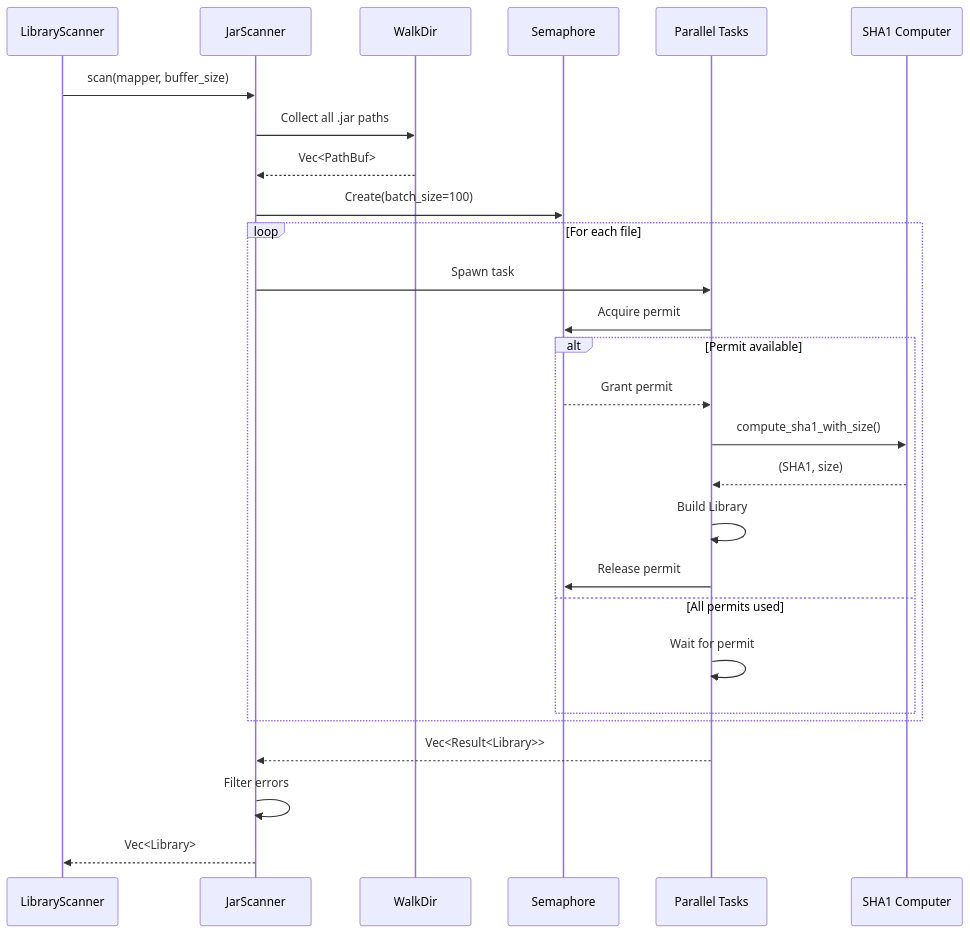
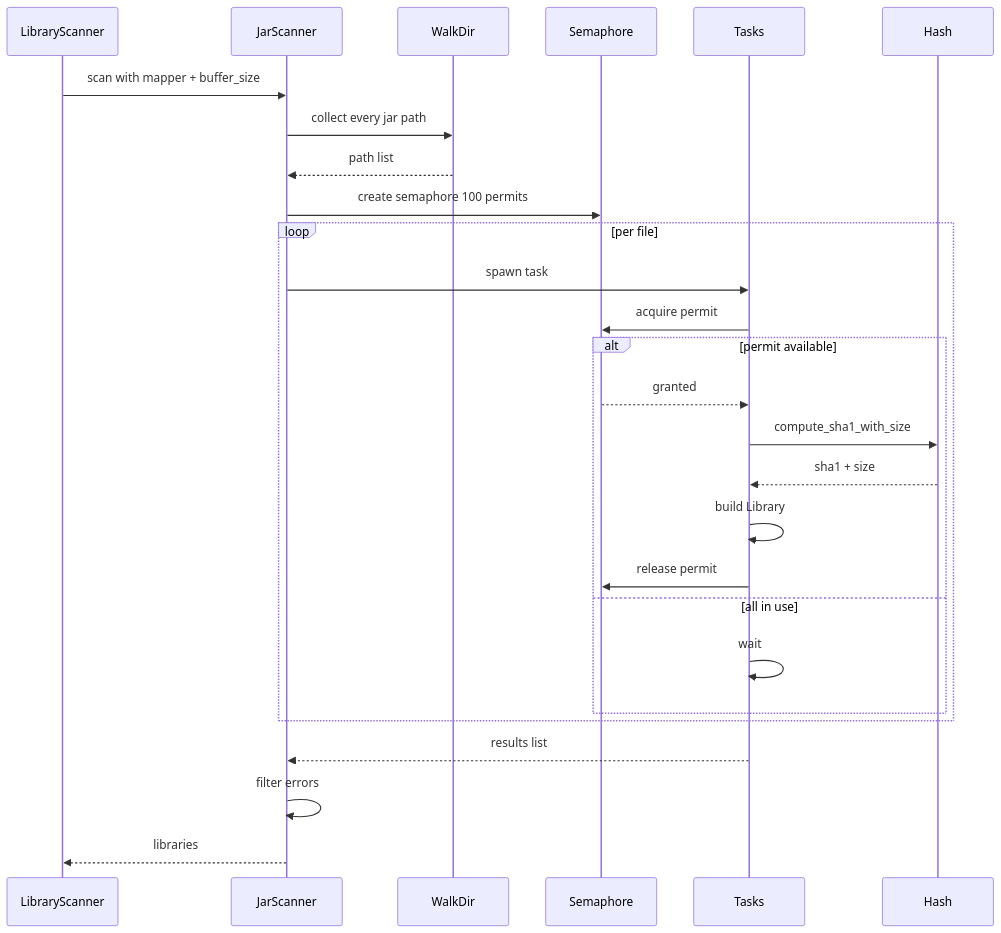
One commit to Lighty-Launcher/LightyUpdater changed the second of 6 diagrams in crates/scanner/docs/flow.md. Above: the diagram before and after it, drawn with Mermaid. The commit also changed other lines of this file and 22 other files, not shown here.

First line of the commit message:
Simplify per-crate docs + harden mermaid for GitBook

````diff
--- a/crates/scanner/docs/flow.md
+++ b/crates/scanner/docs/flow.md
@@ -40,33 +40,33 @@
 ```mermaid
 sequenceDiagram
     participant LS as LibraryScanner
     participant JS as JarScanner
     participant WD as WalkDir
     participant Sem as Semaphore
-    participant Tasks as Parallel Tasks
-    participant Hash as SHA1 Computer
+    participant Tasks
+    participant Hash
 
-    LS->>JS: scan(mapper, buffer_size)
-    JS->>WD: Collect all .jar paths
-    WD-->>JS: Vec<PathBuf>
+    LS->>JS: scan with mapper + buffer_size
+    JS->>WD: collect every jar path
+    WD-->>JS: path list
 
-    JS->>Sem: Create(batch_size=100)
+    JS->>Sem: create semaphore 100 permits
 
-    loop For each file
-        JS->>Tasks: Spawn task
-        Tasks->>Sem: Acquire permit
-        alt Permit available
-            Sem-->>Tasks: Grant permit
-            Tasks->>Hash: compute_sha1_with_size()
-            Hash-->>Tasks: (SHA1, size)
-            Tasks->>Tasks: Build Library
-            Tasks->>Sem: Release permit
-        else All permits used
-            Tasks->>Tasks: Wait for permit
+    loop per file
+        JS->>Tasks: spawn task
+        Tasks->>Sem: acquire permit
+        alt permit available
+            Sem-->>Tasks: granted
+            Tasks->>Hash: compute_sha1_with_size
+            Hash-->>Tasks: sha1 + size
+            Tasks->>Tasks: build Library
+            Tasks->>Sem: release permit
+        else all in use
+            Tasks->>Tasks: wait
         end
     end
 
-    Tasks-->>JS: Vec<Result<Library>>
-    JS->>JS: Filter errors
-    JS-->>LS: Vec<Library>
+    Tasks-->>JS: results list
+    JS->>JS: filter errors
+    JS-->>LS: libraries
 ```
````
